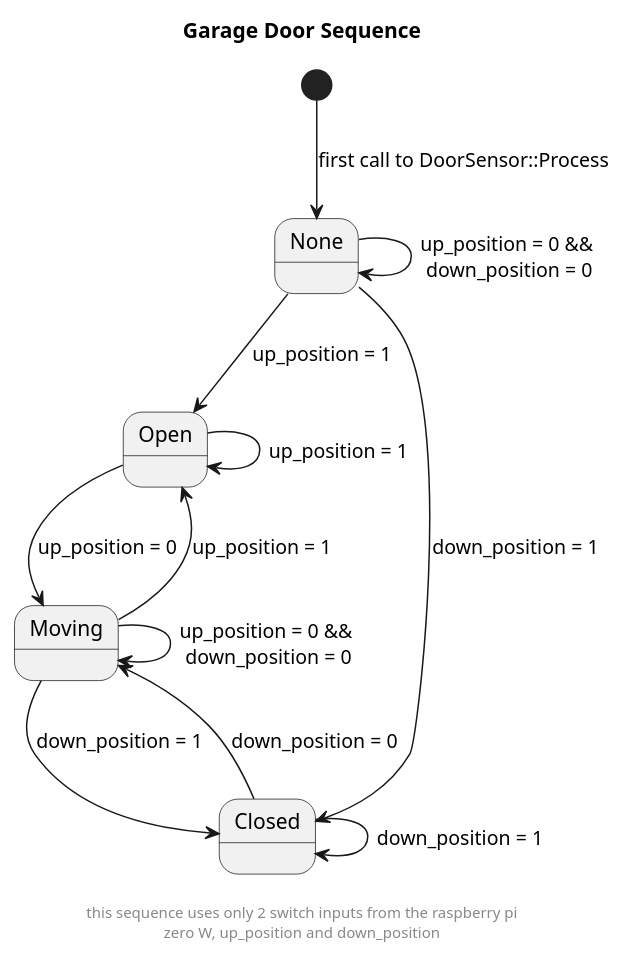
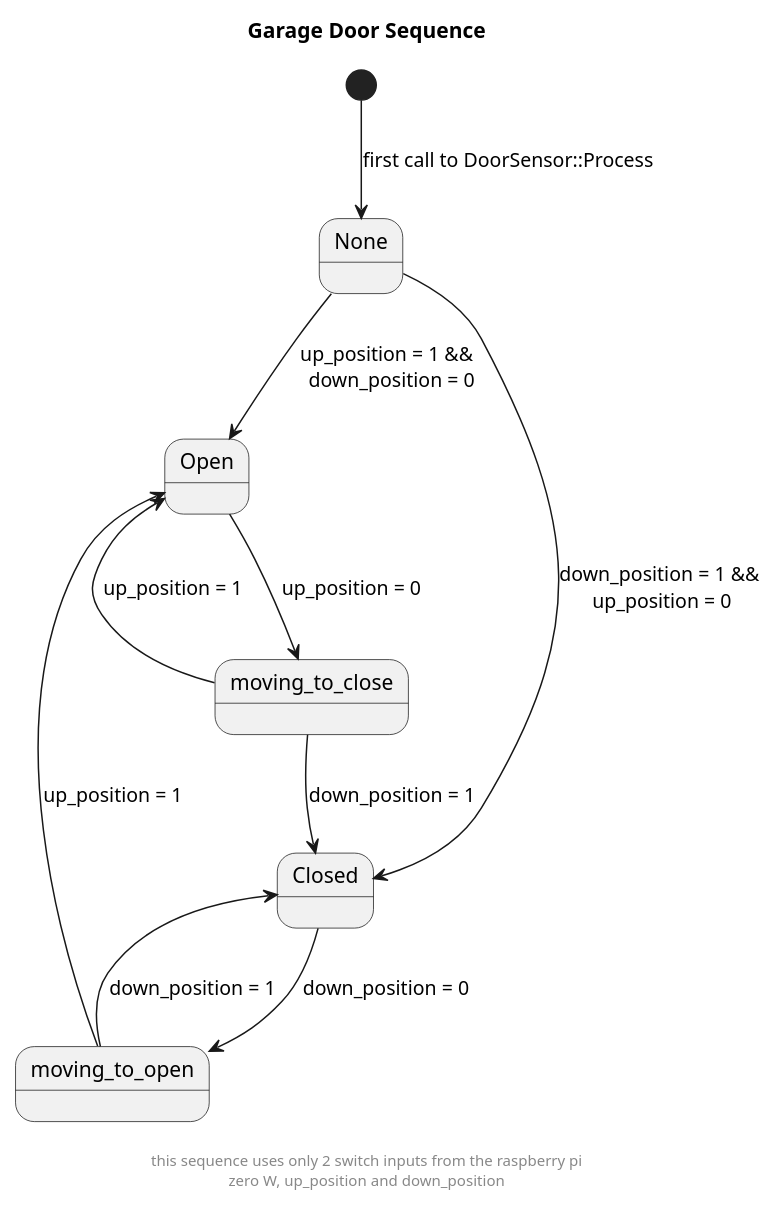
One commit to bcookOh1/gdoor changed the diagram in DoorSequence.puml. Above: the diagram before and after it, drawn with PlantUML. The commit also changed 4 other files, not shown here.

```diff
--- a/DoorSequence.puml
+++ b/DoorSequence.puml
@@ -10,52 +10,47 @@
 @startuml
 
 title Garage Door Sequence
 
 state "None" as  none
 state "Open" as  open
-state "Moving" as  moving
+/' state "Moving" as  moving '/
 state "Closed" as  closed
 
 'state "MovingToOpen" as  moving_to_open
 'state "MovingToClose" as  moving_to_close
 'state "NoChange" as  no_change
 
 center footer  
 
  this sequence uses only 2 switch inputs from the raspberry pi 
  zero W, up_position and down_position
 
 endfooter
 
 [*] --> none : first call to DoorSensor::Process
-none --> none : up_position = 0 &&\n down_position = 0
-none --> open : up_position = 1
-none --> closed : down_position = 1
+none --> open : up_position = 1 &&\n  down_position = 0
+none --> closed : down_position = 1 &&\n up_position = 0
 
 /'
-open --> open : up_position = 1
-open --> moving_to_close : up_position = 0
-
-moving_to_close --> moving_to_close : down_position = 0
-moving_to_close --> closed : down_position = 1
-moving_to_close --> open : up_position = 1
-
-closed --> closed : down_position = 1
-closed --> moving_to_open : down_position = 0
-
-moving_to_open --> moving_to_open : up_position = 0
-moving_to_open --> open : up_position = 1
-moving_to_open --> closed : down_position = 1
-'/
-
 open --> open : up_position = 1
 open --> moving : up_position = 0
 
 moving --> moving : up_position = 0 &&\n down_position = 0
 moving --> closed : down_position = 1
 moving --> open : up_position = 1
 
 closed --> closed : down_position = 1
 closed --> moving : down_position = 0
+'/
+
+open --> moving_to_close : up_position = 0
+
+moving_to_close --> closed : down_position = 1
+moving_to_close --> open : up_position = 1
+
+moving_to_open --> open : up_position = 1
+moving_to_open --> closed : down_position = 1
+
+closed --> moving_to_open : down_position = 0
 
 @enduml
```
